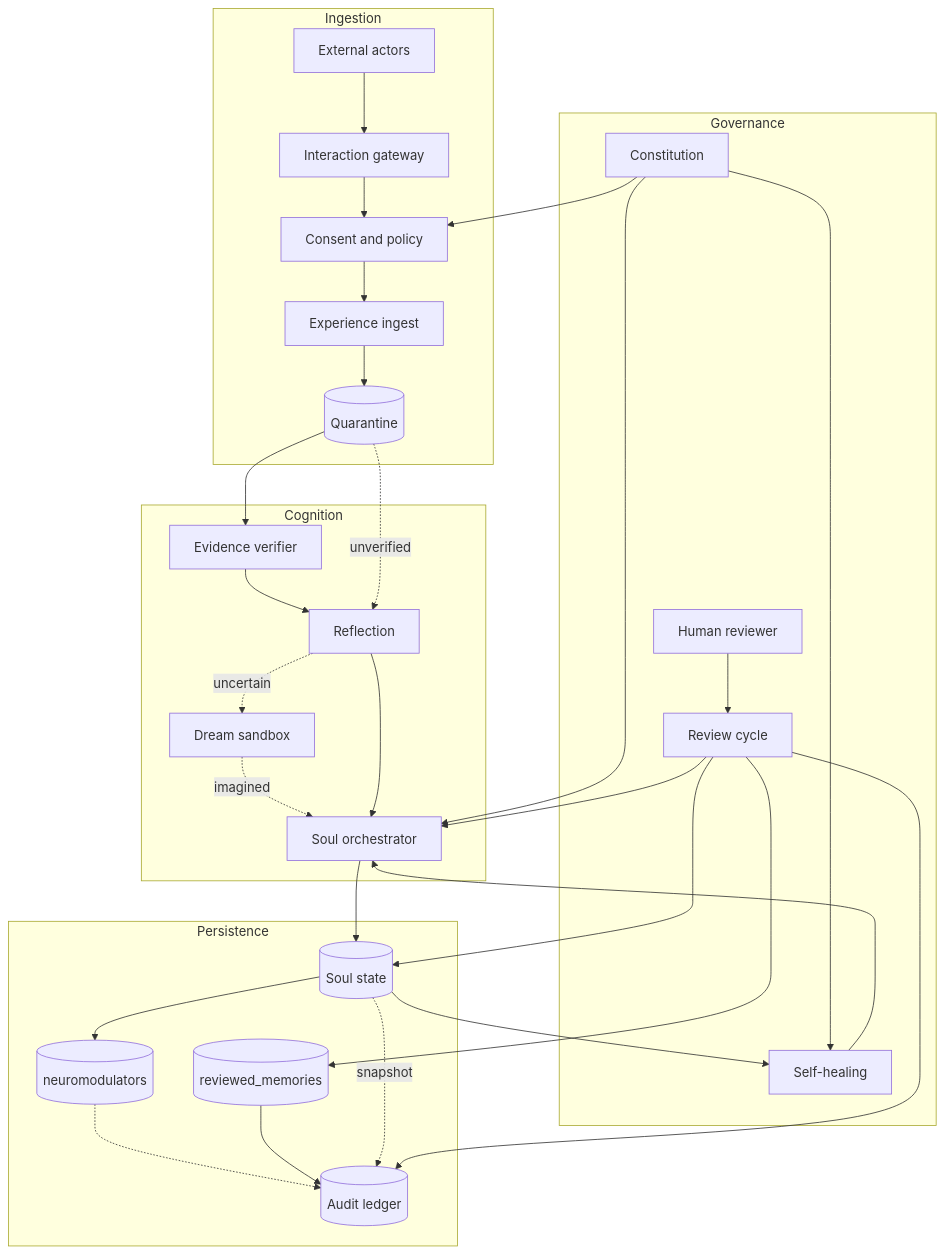
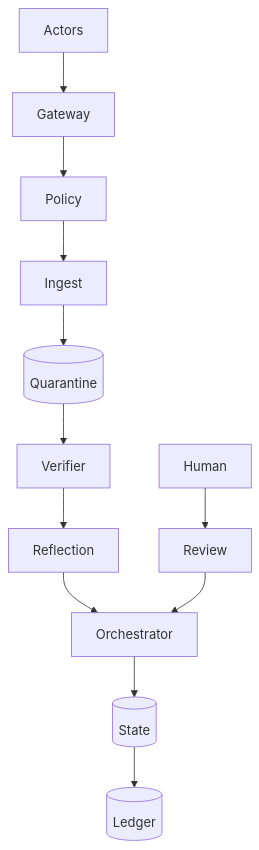
Before and after one commit to Azhonaras/soul-engine: the first of 8 diagrams in docs/ARCHITECTURE.md, drawn with Mermaid. The commit also changed other lines of this file and 4 other files, not shown here.

First line of the commit message:
docs: stop Mermaid labels from overlapping on GitHub.

````diff
--- a/docs/ARCHITECTURE.md
+++ b/docs/ARCHITECTURE.md
@@ -22,42 +22,14 @@
 ```mermaid
 flowchart TD
-    subgraph ingest["Ingestion"]
-        actors["External actors"] --> gateway["Interaction gateway"]
-        gateway --> policy["Consent and policy"]
-        policy --> experience["Experience ingest"]
-        experience --> quarantine[("Quarantine")]
-    end
-
-    subgraph cognition["Cognition"]
-        verifier["Evidence verifier"] --> reflector["Reflection"]
-        reflector -.->|"uncertain"| dream["Dream sandbox"]
-        dream -.->|"imagined"| orchestrator["Soul orchestrator"]
-        reflector --> orchestrator
-    end
-
-    quarantine --> verifier
-    quarantine -.->|"unverified"| reflector
-
-    subgraph governance["Governance"]
-        reviewer["Human reviewer"] --> reviewCycle["Review cycle"]
-        constitution["Constitution"] --> healer["Self-healing"]
-    end
-
-    constitution --> policy
-    constitution --> orchestrator
+    actors["Actors"] --> gateway["Gateway"]
+    gateway --> policy["Policy"]
+    policy --> ingest["Ingest"]
+    ingest --> quarantine[("Quarantine")]
+    quarantine --> verifier["Verifier"]
+    verifier --> reflector["Reflection"]
+    reflector --> orchestrator["Orchestrator"]
+    reviewer["Human"] --> reviewCycle["Review"]
     reviewCycle --> orchestrator
-    healer --> orchestrator
-
-    subgraph persist["Persistence"]
-        soulState[("Soul state")] --> neuromod[("neuromodulators")]
-        neuromod -.-> ledger[("Audit ledger")]
-        reviewed[("reviewed_memories")] --> ledger
-    end
-
-    orchestrator --> soulState
-    soulState --> healer
-    soulState -.->|"snapshot"| ledger
-    reviewCycle --> reviewed
-    reviewCycle --> soulState
-    reviewCycle --> ledger
+    orchestrator --> soulState[("State")]
+    soulState --> ledger[("Ledger")]
 ```
````
